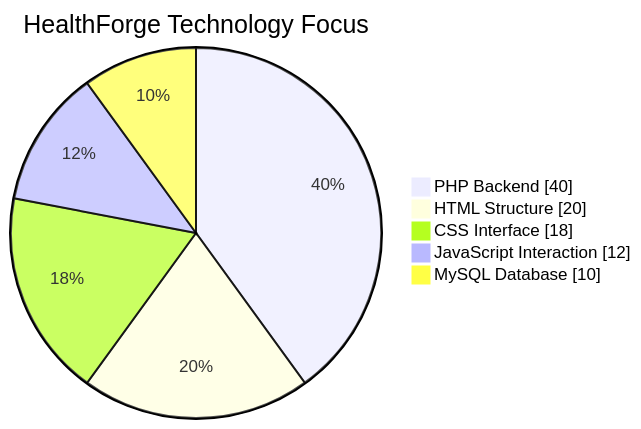
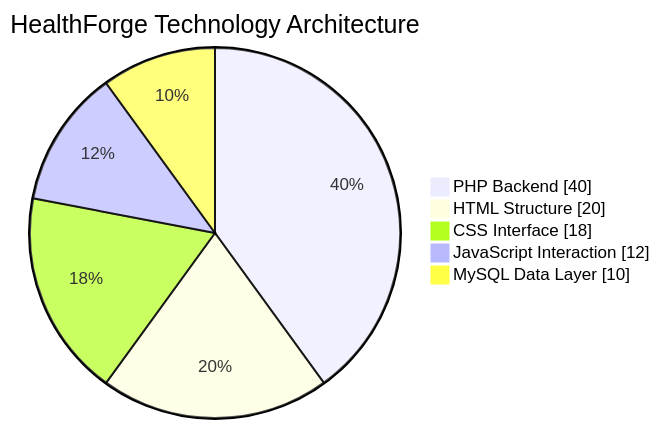
Before and after one commit to Ahamed369/HealthForge-Fitness-Web-Application: the fifth of 10 diagrams in README.md, drawn with Mermaid. The commit also changed other lines of this file, not shown here.

````diff
--- a/README.md
+++ b/README.md
@@ -300,9 +483,9 @@
 ```mermaid
 pie showData
-    title HealthForge Technology Focus
+    title HealthForge Technology Architecture
     "PHP Backend" : 40
     "HTML Structure" : 20
     "CSS Interface" : 18
     "JavaScript Interaction" : 12
-    "MySQL Database" : 10
+    "MySQL Data Layer" : 10
 ```
````
